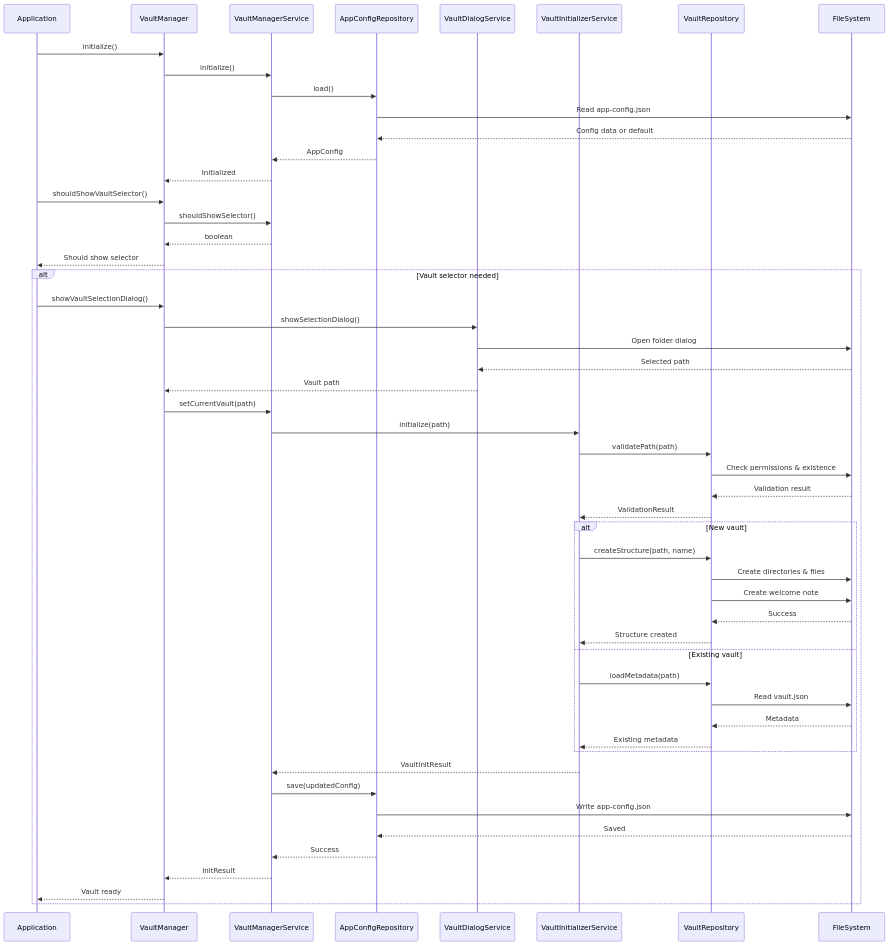
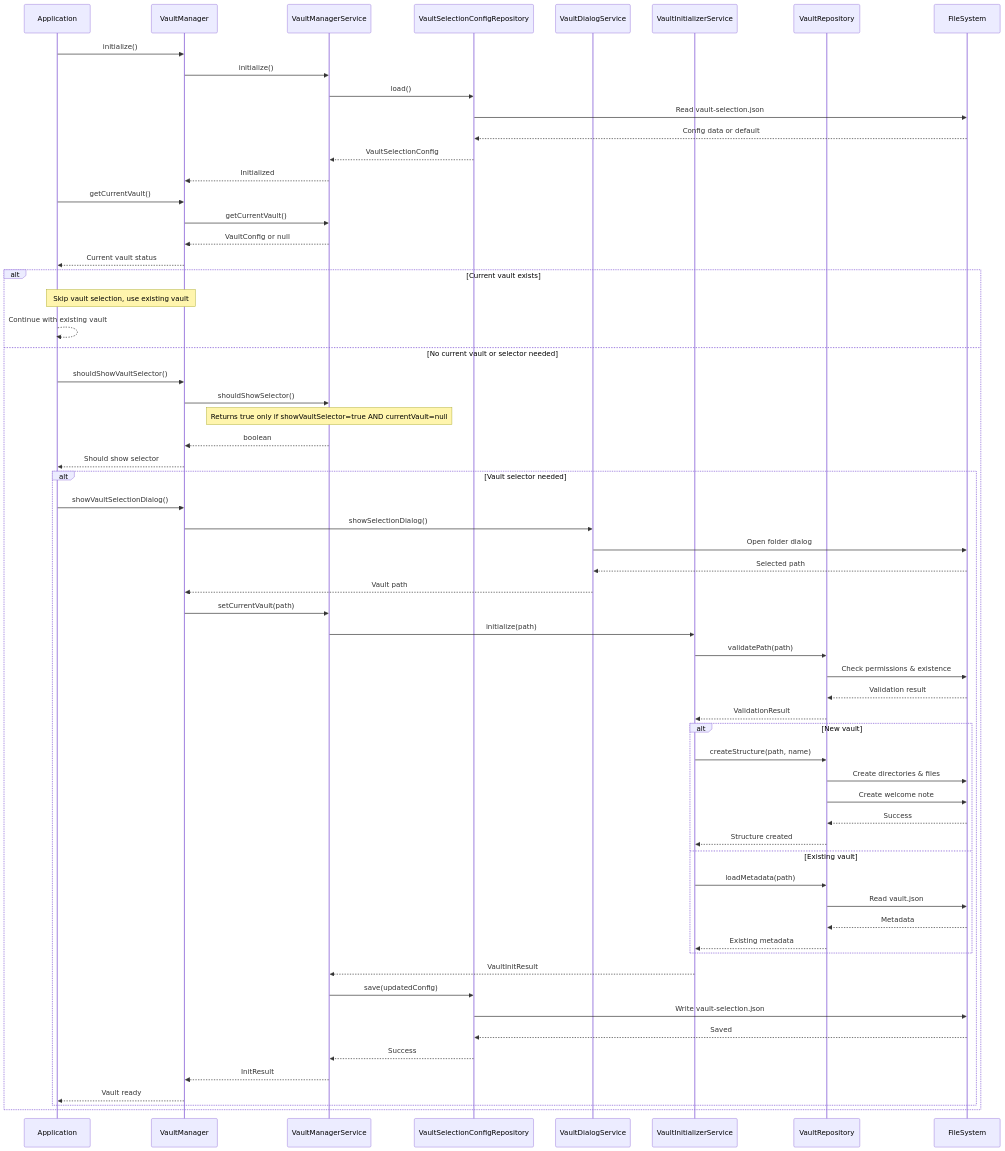
The second of 3 diagrams in electron/main/vault/README.md (yish0/not.e), drawn with Mermaid before and after one commit. The commit also changed other lines of this file and 18 other files, not shown here.

First line of the commit message:
feat: Skip vault folder selection when existing vault is configured

````diff
--- a/electron/main/vault/README.md
+++ b/electron/main/vault/README.md
@@ -240,60 +250,71 @@
 ```mermaid
 sequenceDiagram
     participant App as Application
     participant VM as VaultManager
     participant VMS as VaultManagerService
-    participant ACR as AppConfigRepository
+    participant VSCR as VaultSelectionConfigRepository
     participant VDS as VaultDialogService
     participant VIS as VaultInitializerService
     participant VR as VaultRepository
     participant FS as FileSystem
 
     App->>VM: initialize()
     VM->>VMS: initialize()
-    VMS->>ACR: load()
-    ACR->>FS: Read app-config.json
-    FS-->>ACR: Config data or default
-    ACR-->>VMS: AppConfig
+    VMS->>VSCR: load()
+    VSCR->>FS: Read vault-selection.json
+    FS-->>VSCR: Config data or default
+    VSCR-->>VMS: VaultSelectionConfig
     VMS-->>VM: Initialized
 
-    App->>VM: shouldShowVaultSelector()
-    VM->>VMS: shouldShowSelector()
-    VMS-->>VM: boolean
-    VM-->>App: Should show selector
+    App->>VM: getCurrentVault()
+    VM->>VMS: getCurrentVault()
+    VMS-->>VM: VaultConfig or null
+    VM-->>App: Current vault status
 
-    alt Vault selector needed
-        App->>VM: showVaultSelectionDialog()
-        VM->>VDS: showSelectionDialog()
-        VDS->>FS: Open folder dialog
-        FS-->>VDS: Selected path
-        VDS-->>VM: Vault path
+    alt Current vault exists
+        Note over App,VM: Skip vault selection, use existing vault
+        App-->>App: Continue with existing vault
+    else No current vault or selector needed
+        App->>VM: shouldShowVaultSelector()
+        VM->>VMS: shouldShowSelector()
+        Note over VMS: Returns true only if showVaultSelector=true AND currentVault=null
+        VMS-->>VM: boolean
+        VM-->>App: Should show selector
 
-        VM->>VMS: setCurrentVault(path)
-        VMS->>VIS: initialize(path)
-        VIS->>VR: validatePath(path)
-        VR->>FS: Check permissions & existence
-        FS-->>VR: Validation result
-        VR-->>VIS: ValidationResult
+        alt Vault selector needed
+            App->>VM: showVaultSelectionDialog()
+            VM->>VDS: showSelectionDialog()
+            VDS->>FS: Open folder dialog
+            FS-->>VDS: Selected path
+            VDS-->>VM: Vault path
 
-        alt New vault
-            VIS->>VR: createStructure(path, name)
-            VR->>FS: Create directories & files
-            VR->>FS: Create welcome note
-            FS-->>VR: Success
-            VR-->>VIS: Structure created
-        else Existing vault
-            VIS->>VR: loadMetadata(path)
-            VR->>FS: Read vault.json
-            FS-->>VR: Metadata
-            VR-->>VIS: Existing metadata
+            VM->>VMS: setCurrentVault(path)
+            VMS->>VIS: initialize(path)
+            VIS->>VR: validatePath(path)
+            VR->>FS: Check permissions & existence
+            FS-->>VR: Validation result
+            VR-->>VIS: ValidationResult
+
+            alt New vault
+                VIS->>VR: createStructure(path, name)
+                VR->>FS: Create directories & files
+                VR->>FS: Create welcome note
+                FS-->>VR: Success
+                VR-->>VIS: Structure created
+            else Existing vault
+                VIS->>VR: loadMetadata(path)
+                VR->>FS: Read vault.json
+                FS-->>VR: Metadata
+                VR-->>VIS: Existing metadata
+            end
+
+            VIS-->>VMS: VaultInitResult
+            VMS->>VSCR: save(updatedConfig)
+            VSCR->>FS: Write vault-selection.json
+            FS-->>VSCR: Saved
+            VSCR-->>VMS: Success
+            VMS-->>VM: InitResult
+            VM-->>App: Vault ready
         end
-
-        VIS-->>VMS: VaultInitResult
-        VMS->>ACR: save(updatedConfig)
-        ACR->>FS: Write app-config.json
-        FS-->>ACR: Saved
-        ACR-->>VMS: Success
-        VMS-->>VM: InitResult
-        VM-->>App: Vault ready
     end
 ```
````
